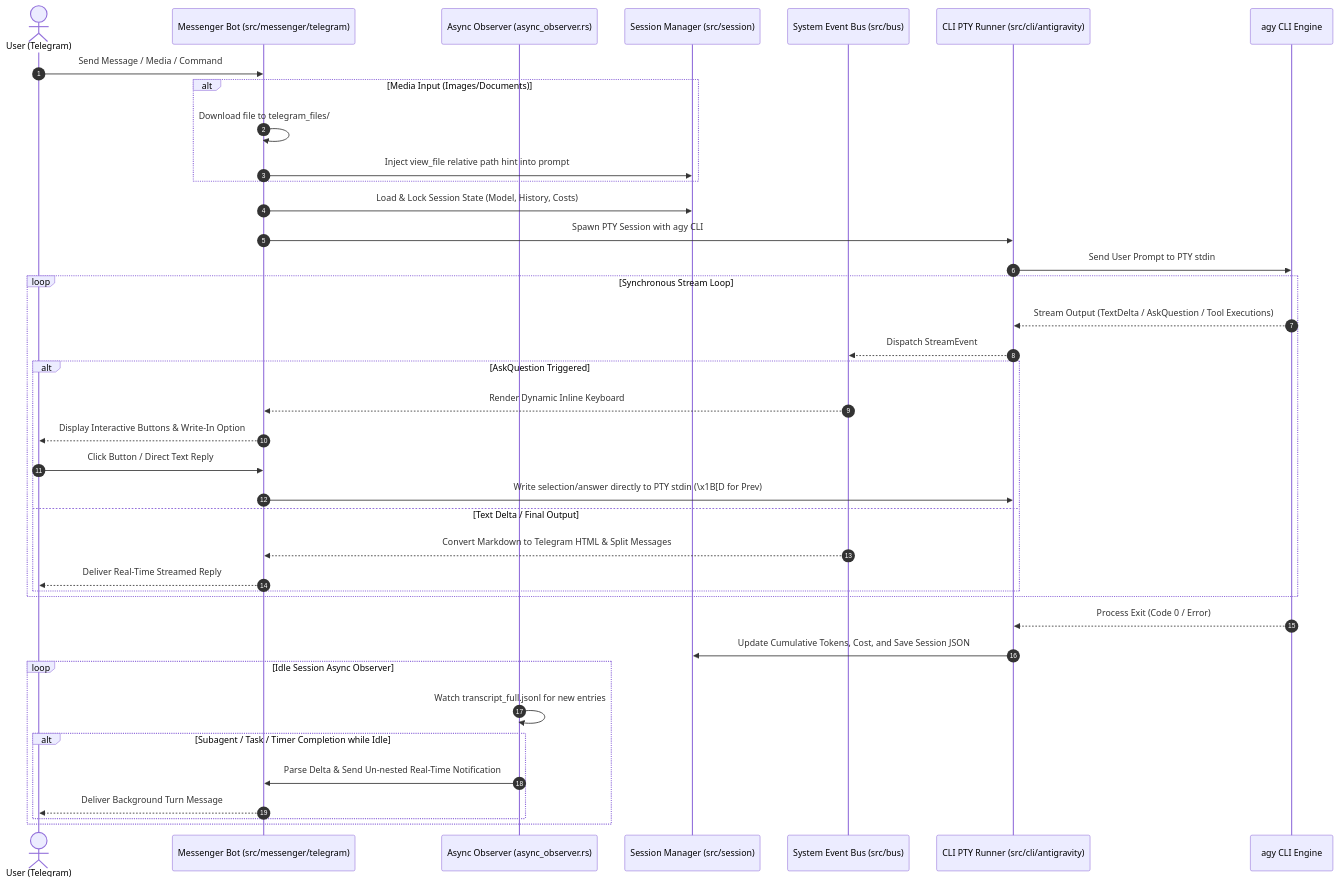
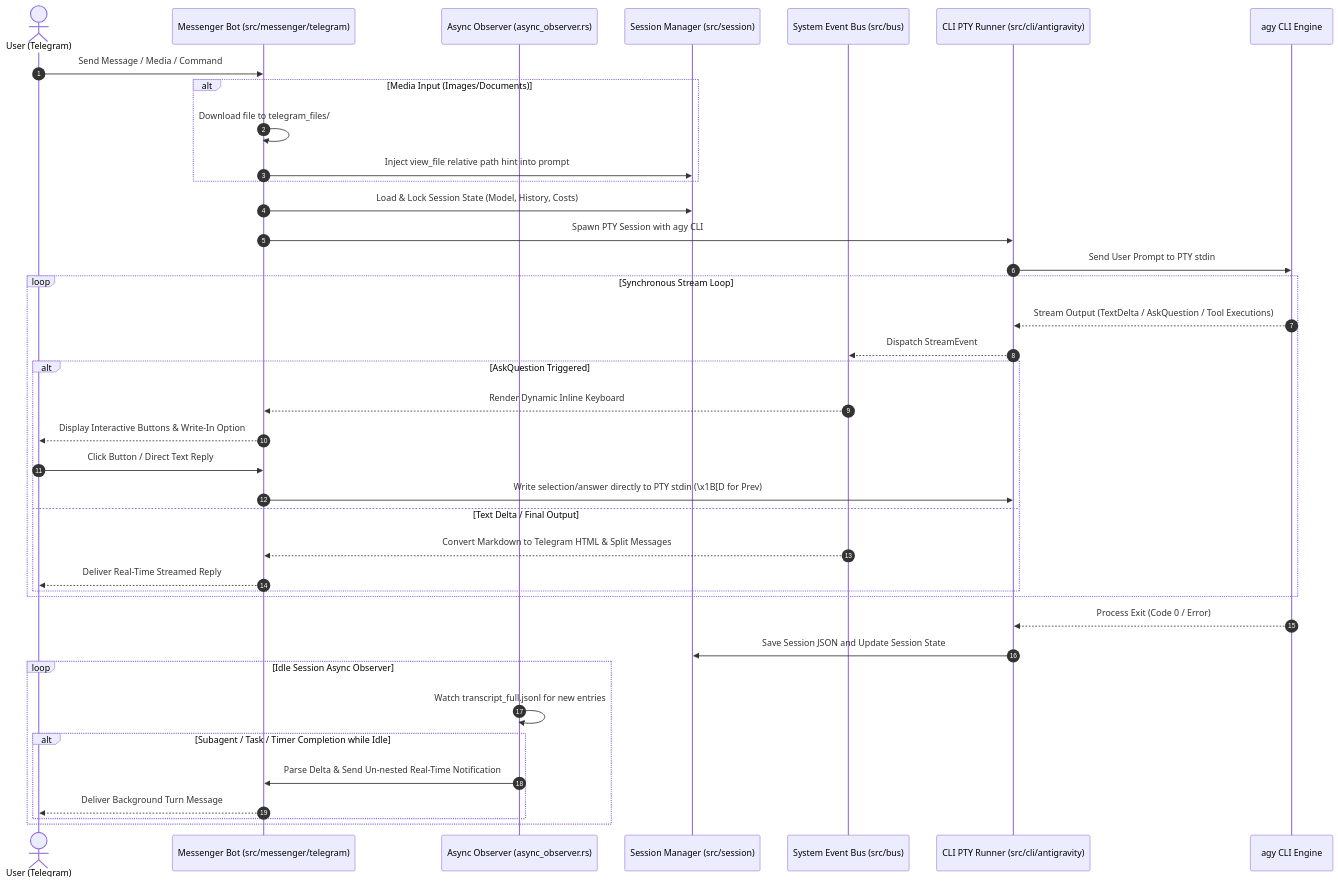
The diagram in README.md (imwoo90/tuner), drawn with Mermaid before and after one commit. The commit also changed other lines of this file, not shown here.

Commit message:
docs: remove legacy cost and token tracking claims from README

````diff
--- a/README.md
+++ b/README.md
@@ -160,45 +160,45 @@
 ```mermaid
 sequenceDiagram
     autonumber
     actor User as User (Telegram)
     participant Bot as Messenger Bot (src/messenger/telegram)
     participant Observer as Async Observer (async_observer.rs)
     participant Session as Session Manager (src/session)
     participant Bus as System Event Bus (src/bus)
     participant PTY as CLI PTY Runner (src/cli/antigravity)
     participant AGY as agy CLI Engine
 
     User->>Bot: Send Message / Media / Command
     alt Media Input (Images/Documents)
         Bot->>Bot: Download file to telegram_files/
         Bot->>Session: Inject view_file relative path hint into prompt
     end
     Bot->>Session: Load & Lock Session State (Model, History, Costs)
     Bot->>PTY: Spawn PTY Session with agy CLI
     PTY->>AGY: Send User Prompt to PTY stdin
 
     loop Synchronous Stream Loop
         AGY-->>PTY: Stream Output (TextDelta / AskQuestion / Tool Executions)
         PTY-->>Bus: Dispatch StreamEvent
         alt AskQuestion Triggered
             Bus-->>Bot: Render Dynamic Inline Keyboard
             Bot-->>User: Display Interactive Buttons & Write-In Option
             User->>Bot: Click Button / Direct Text Reply
             Bot->>PTY: Write selection/answer directly to PTY stdin (\x1B[D for Prev)
         else Text Delta / Final Output
             Bus-->>Bot: Convert Markdown to Telegram HTML & Split Messages
             Bot-->>User: Deliver Real-Time Streamed Reply
         end
     end
 
     AGY-->>PTY: Process Exit (Code 0 / Error)
-    PTY->>Session: Update Cumulative Tokens, Cost, and Save Session JSON
+    PTY->>Session: Save Session JSON and Update Session State
 
     loop Idle Session Async Observer
         Observer->>Observer: Watch transcript_full.jsonl for new entries
         alt Subagent / Task / Timer Completion while Idle
             Observer->>Bot: Parse Delta & Send Un-nested Real-Time Notification
             Bot-->>User: Deliver Background Turn Message
         end
     end
 ```
````
